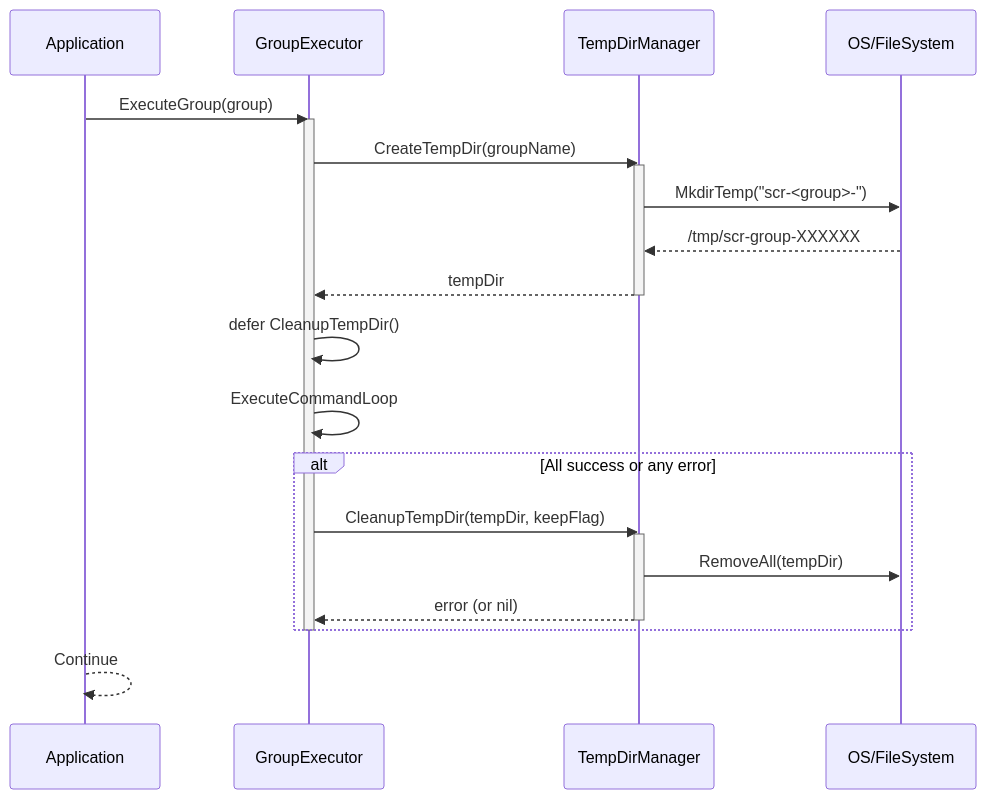
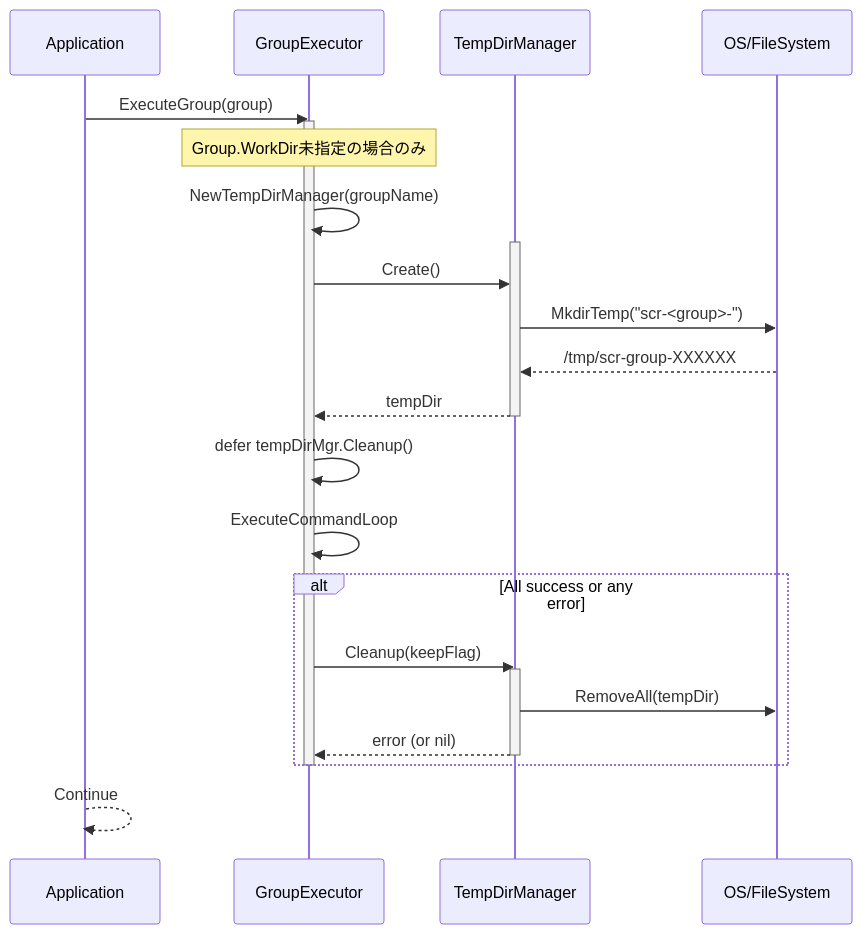
One commit to isseis/go-safe-cmd-runner changed the sixth of 11 diagrams in docs/tasks/0034_workdir_redesign/02_architecture.md. Above: the diagram before and after it, drawn with Mermaid. The commit also changed other lines of this file and 1 other file, not shown here.

First line of the commit message:
Introduce TempDirManager and refactor group workdir handling

````diff
--- a/docs/tasks/0034_workdir_redesign/02_architecture.md
+++ b/docs/tasks/0034_workdir_redesign/02_architecture.md
@@ -239,32 +346,35 @@
 ```mermaid
 sequenceDiagram
     participant App as Application
     participant GE as GroupExecutor
     participant TDM as TempDirManager
     participant OS as OS/FileSystem
 
     App->>GE: ExecuteGroup(group)
     activate GE
 
-    GE->>TDM: CreateTempDir(groupName)
+    Note over GE: Group.WorkDir未指定の場合のみ
+
+    GE->>GE: NewTempDirManager(groupName)
     activate TDM
+    GE->>TDM: Create()
     TDM->>OS: MkdirTemp("scr-<group>-")
     OS-->>TDM: /tmp/scr-group-XXXXXX
     TDM-->>GE: tempDir
     deactivate TDM
 
-    GE->>GE: defer CleanupTempDir()
+    GE->>GE: defer tempDirMgr.Cleanup()
 
     GE->>GE: ExecuteCommandLoop
 
     alt All success or any error
-        GE->>TDM: CleanupTempDir(tempDir, keepFlag)
+        GE->>TDM: Cleanup(keepFlag)
         activate TDM
         TDM->>OS: RemoveAll(tempDir)
         TDM-->>GE: error (or nil)
         deactivate TDM
     end
 
     deactivate GE
     App-->>App: Continue
 ```
````
